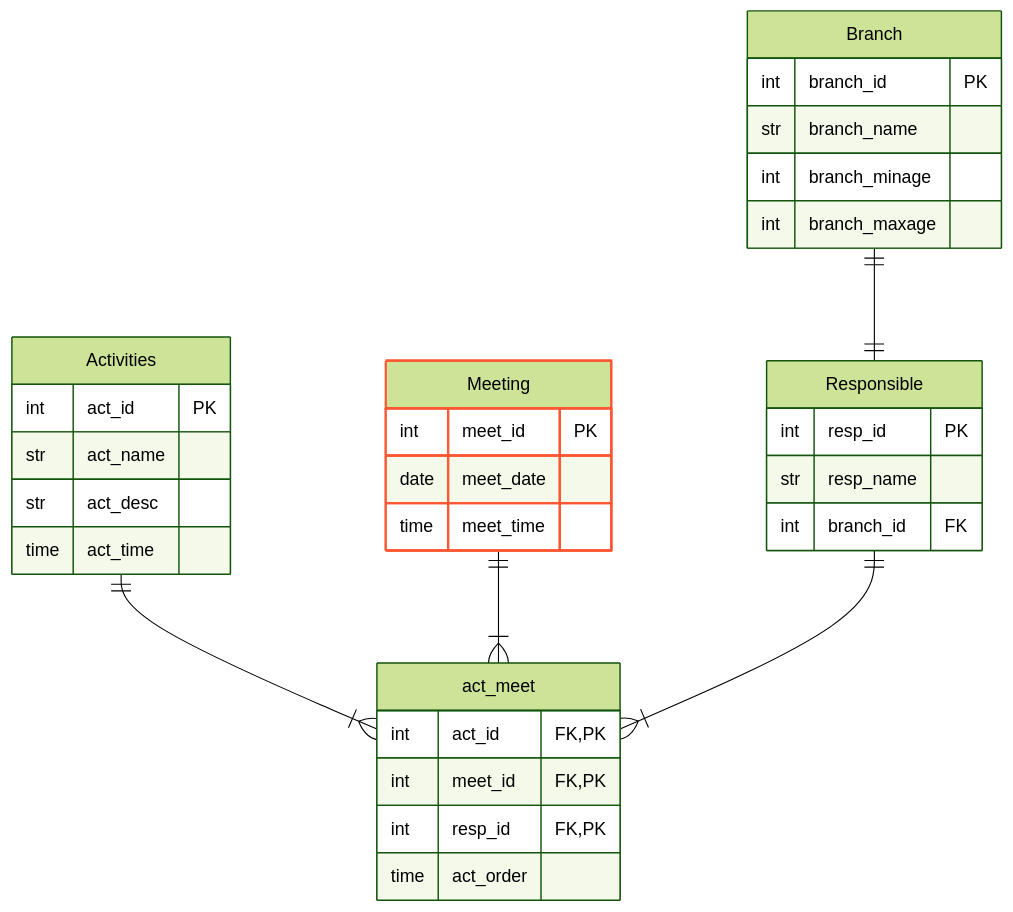
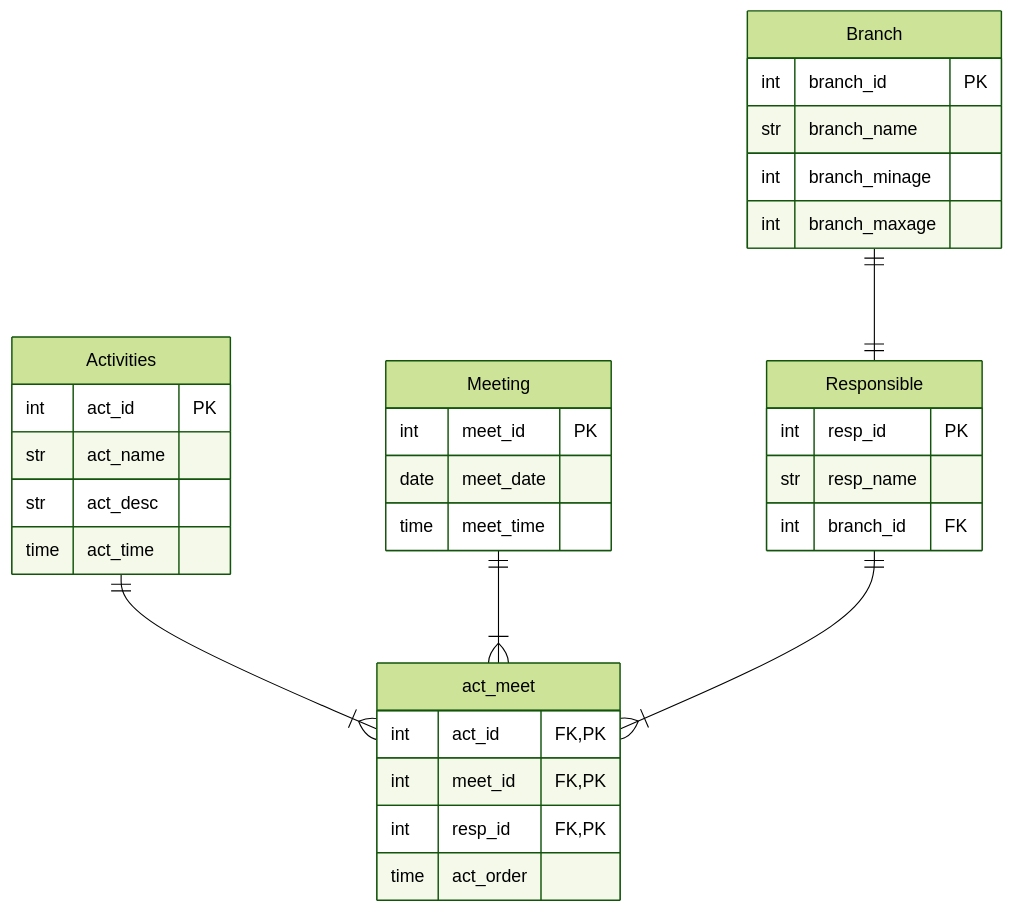
One commit to Covija97/BadenTracker changed the second of 2 diagrams in README.md. Above: the diagram before and after it, drawn with Mermaid (forest theme).

Commit message:
Remove unused style definition for Meeting in README.md

````diff
--- a/README.md
+++ b/README.md
@@ -62,44 +62,42 @@
 ```mermaid
 erDiagram
 
 Meeting {
     int meet_id PK
     date meet_date
     time meet_time
 }
 
 Activities {
     int act_id PK
     str act_name
     str act_desc
     time act_time
 }
 
 Responsible {
     int resp_id PK
     str resp_name
     int branch_id FK
 }
 
 act_meet {
     int act_id FK,PK
     int meet_id FK,PK
     int resp_id FK,PK
     time act_order
 }
 
 Branch {
     int branch_id PK
     str branch_name
     int branch_minage
     int branch_maxage
 }
 
 Activities ||--|{ act_meet : ""
 Meeting ||--|{ act_meet : ""
 Responsible ||--|{ act_meet : ""
 Branch ||--|| Responsible : ""
 
-style Meeting stroke:#FF5733,stroke-width:2px;
-
 ```
````
